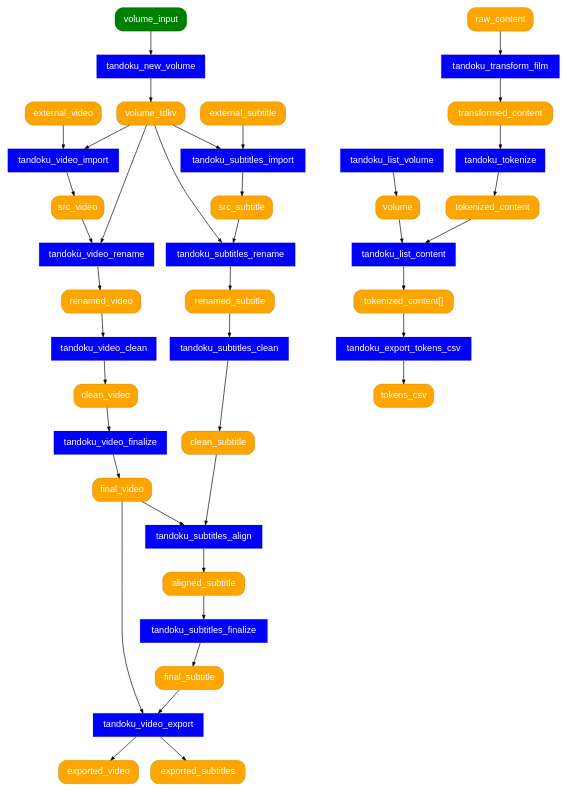
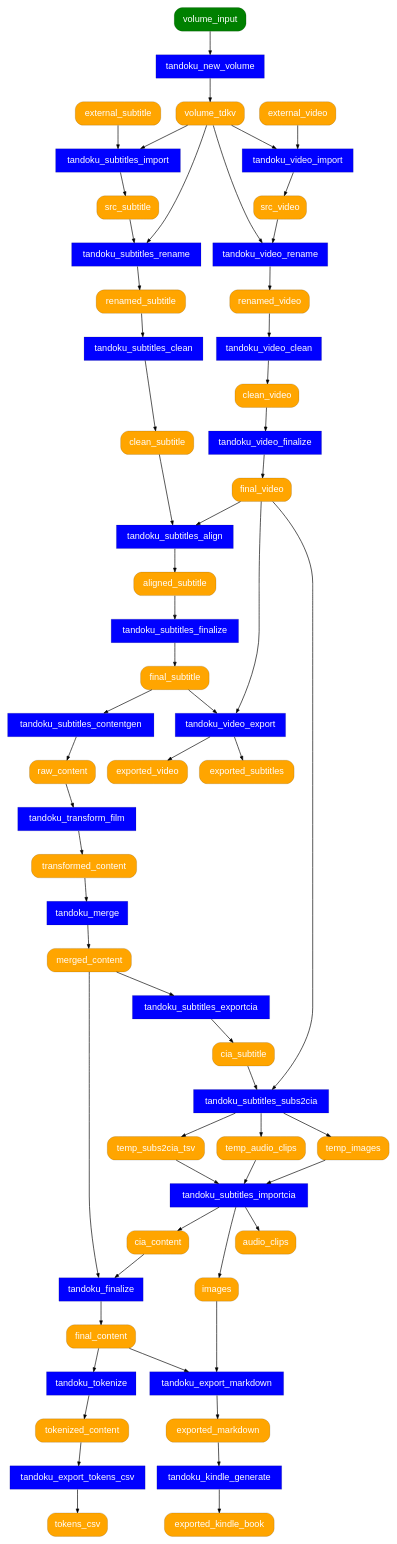
Before and after one commit to tandoku/tandoku: the diagram in docs/tandoku-workflow.dot, drawn with Graphviz.

Commit message:
docs/tandoku-workflow.dot subs2cia, export markdown/kindle flows

```diff
--- a/docs/tandoku-workflow.dot
+++ b/docs/tandoku-workflow.dot
@@ -1,111 +1,166 @@
 digraph {
     graph [fontname="Helvetica"];
     node [fontname="Helvetica" penwidth=0.2];
     edge [fontname="Helvetica" arrowsize="0.6"];
 
     # processes
     node [shape=rect style="filled" fillcolor=blue fontcolor=white];
     tandoku_new_volume
 
-    tandoku_tokenize
-    tandoku_list_volume
-    tandoku_list_content
     tandoku_export_tokens_csv
 
     ## film processes
     tandoku_subtitles_import
     tandoku_subtitles_rename
     tandoku_subtitles_clean
     tandoku_subtitles_align
     tandoku_subtitles_finalize
+    tandoku_subtitles_contentgen
 
     tandoku_video_import
     tandoku_video_rename
     tandoku_video_clean
     tandoku_video_finalize
     tandoku_video_export
 
     tandoku_transform_film
 
+    tandoku_subtitles_exportcia
+    tandoku_subtitles_subs2cia
+    tandoku_subtitles_importcia
+
+    ## general content processes
+    tandoku_merge
+    tandoku_tokenize
+    tandoku_finalize
+
+    ## markdown, kindle export processses
+    tandoku_export_markdown
+    tandoku_kindle_generate
+
     # artifacts
     node [shape=rect style="filled,rounded" fillcolor=orange];
     volume_tdkv
 
     raw_content
     transformed_content
+    merged_content
     tokenized_content
-    "tokenized_content[]"
+    final_content
+
+    images
+
+    audio_clips
+
     tokens_csv
-    volume
 
     ## film artifacts
     external_subtitle
     src_subtitle
     renamed_subtitle
     clean_subtitle
     aligned_subtitle
     final_subtitle
 
     external_video
     src_video
     renamed_video
     clean_video
     final_video
 
     exported_video
     exported_subtitles
 
+    cia_subtitle
+    temp_subs2cia_tsv
+    temp_audio_clips
+    temp_images
+    cia_content
+
+    ## exported markdown, kindle
+    exported_markdown
+    exported_kindle_book
+
     # user input
     node [shape=rect style="filled,rounded" fillcolor=green];
     volume_input
 
     # edges
     volume_input -> tandoku_new_volume
     tandoku_new_volume -> volume_tdkv
 
-    raw_content -> tandoku_transform_film
-    tandoku_transform_film -> transformed_content
-    transformed_content -> tandoku_tokenize
-    tandoku_tokenize -> tokenized_content
-
-    tandoku_list_volume -> volume
-
-    tokenized_content -> tandoku_list_content
-    volume -> tandoku_list_content
-    tandoku_list_content -> "tokenized_content[]"
-
-    "tokenized_content[]" -> tandoku_export_tokens_csv
+    tokenized_content -> tandoku_export_tokens_csv
     tandoku_export_tokens_csv -> tokens_csv
 
     ## film edges
     external_subtitle -> tandoku_subtitles_import
     volume_tdkv -> tandoku_subtitles_import
     tandoku_subtitles_import -> src_subtitle
     src_subtitle -> tandoku_subtitles_rename
     volume_tdkv -> tandoku_subtitles_rename
     tandoku_subtitles_rename -> renamed_subtitle
     renamed_subtitle -> tandoku_subtitles_clean
     tandoku_subtitles_clean -> clean_subtitle
 
     external_video -> tandoku_video_import
     volume_tdkv -> tandoku_video_import
     tandoku_video_import -> src_video
     src_video -> tandoku_video_rename
     volume_tdkv -> tandoku_video_rename
     tandoku_video_rename -> renamed_video
     renamed_video -> tandoku_video_clean
     tandoku_video_clean -> clean_video
     clean_video -> tandoku_video_finalize
     tandoku_video_finalize -> final_video
 
     clean_subtitle -> tandoku_subtitles_align
     final_video -> tandoku_subtitles_align
     tandoku_subtitles_align -> aligned_subtitle
     aligned_subtitle -> tandoku_subtitles_finalize
     tandoku_subtitles_finalize -> final_subtitle
 
     final_subtitle -> tandoku_video_export
     final_video -> tandoku_video_export
     tandoku_video_export -> exported_video
     tandoku_video_export -> exported_subtitles
+
+    final_subtitle -> tandoku_subtitles_contentgen
+    tandoku_subtitles_contentgen -> raw_content
+
+    raw_content -> tandoku_transform_film
+    tandoku_transform_film -> transformed_content
+
+    merged_content -> tandoku_subtitles_exportcia
+    tandoku_subtitles_exportcia -> cia_subtitle
+    cia_subtitle -> tandoku_subtitles_subs2cia
+    final_video -> tandoku_subtitles_subs2cia
+    tandoku_subtitles_subs2cia -> temp_audio_clips
+    tandoku_subtitles_subs2cia -> temp_images
+    tandoku_subtitles_subs2cia -> temp_subs2cia_tsv
+    temp_audio_clips -> tandoku_subtitles_importcia
+    temp_images -> tandoku_subtitles_importcia
+    temp_subs2cia_tsv -> tandoku_subtitles_importcia
+    tandoku_subtitles_importcia -> audio_clips
+    tandoku_subtitles_importcia -> images
+    tandoku_subtitles_importcia -> cia_content
+
+    cia_content -> tandoku_finalize
+
+    ## general content edges
+    transformed_content -> tandoku_merge
+    tandoku_merge -> merged_content
+    merged_content -> tandoku_finalize
+    tandoku_finalize -> final_content
+
+    final_content -> tandoku_tokenize
+    tandoku_tokenize -> tokenized_content
+
+    ## markdown export
+    final_content -> tandoku_export_markdown
+    images -> tandoku_export_markdown
+    tandoku_export_markdown -> exported_markdown
+
+    ## kindle export
+    exported_markdown -> tandoku_kindle_generate
+    tandoku_kindle_generate -> exported_kindle_book
 }
```
